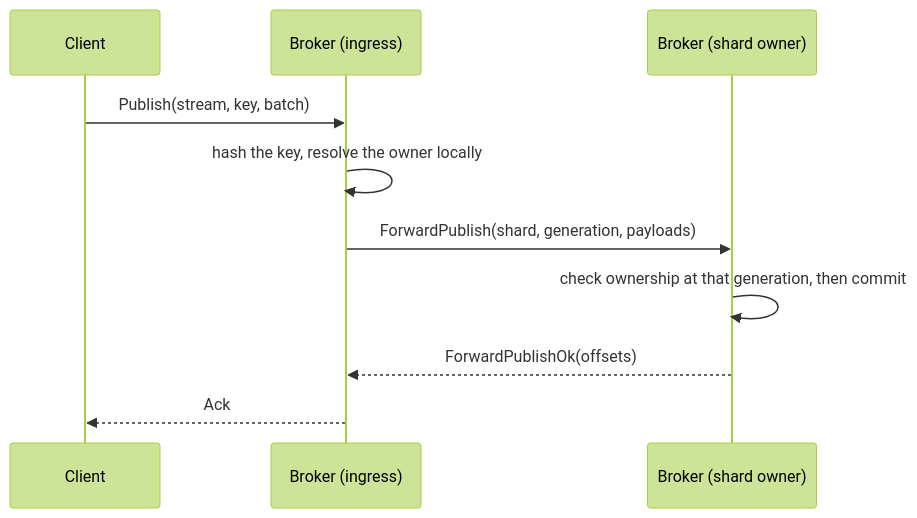
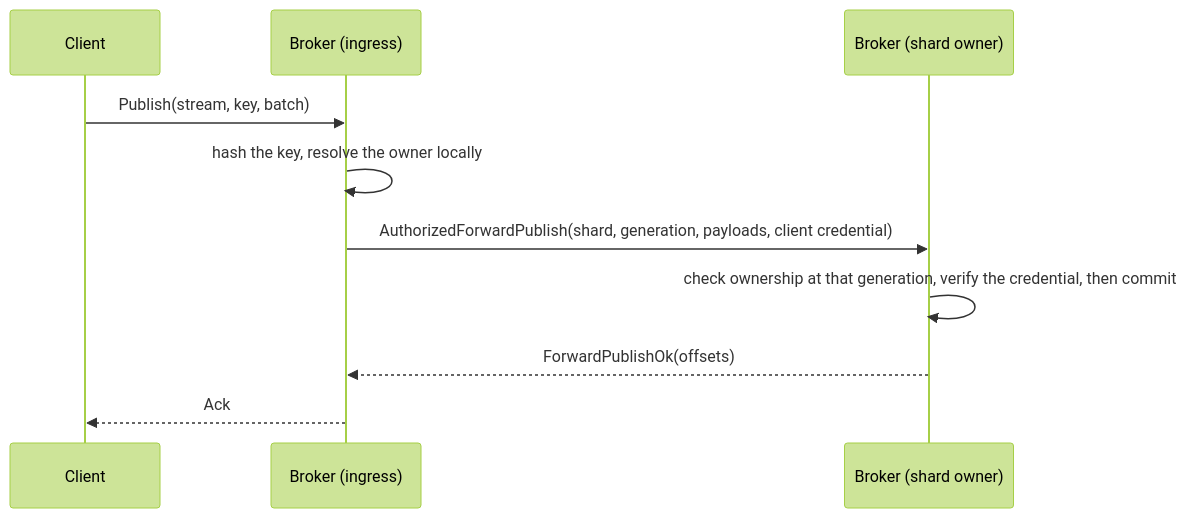
One commit to gabloe/felix changed the third of 4 diagrams in docs-site/src/content/docs/architecture/system-design.md. Above: the diagram before and after it, drawn with Mermaid (forest theme). The commit also changed 26 other files, not shown here.

First line of the commit message:
fix(peer): verify the client's credential at the owner of a forwarded write

````diff
--- a/docs-site/src/content/docs/architecture/system-design.md
+++ b/docs-site/src/content/docs/architecture/system-design.md
@@ -137,13 +137,13 @@
 ```mermaid
 sequenceDiagram
     participant C as Client
     participant B1 as Broker (ingress)
     participant B2 as Broker (shard owner)
 
     C->>B1: Publish(stream, key, batch)
     B1->>B1: hash the key, resolve the owner locally
-    B1->>B2: ForwardPublish(shard, generation, payloads)
-    B2->>B2: check ownership at that generation, then commit
+    B1->>B2: AuthorizedForwardPublish(shard, generation, payloads, client credential)
+    B2->>B2: check ownership at that generation, verify the credential, then commit
     B2-->>B1: ForwardPublishOk(offsets)
     B1-->>C: Ack
 ```
````
